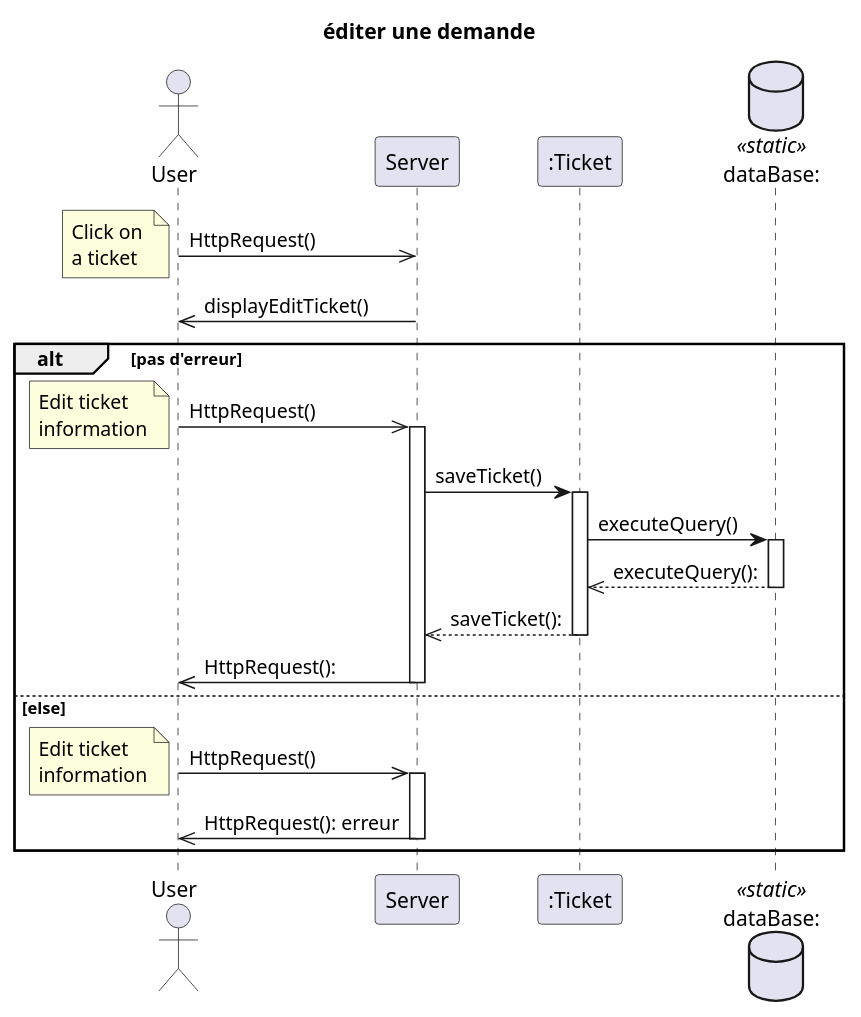
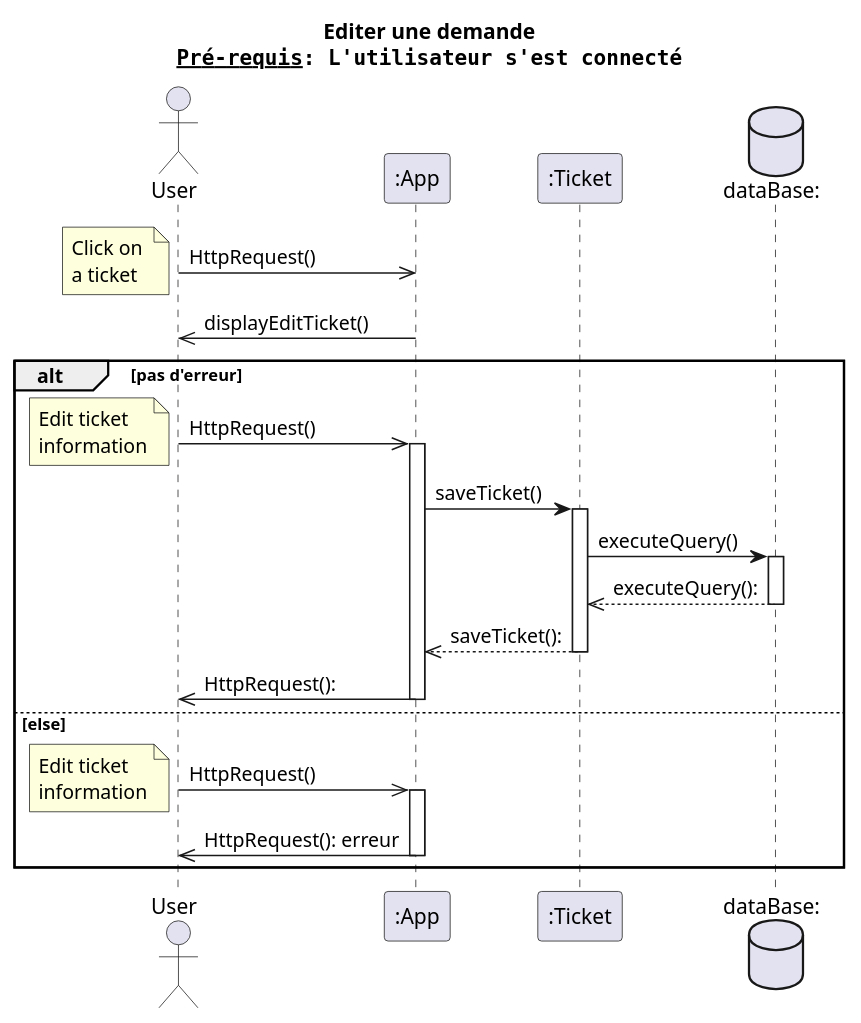
One commit to dorianleveque/CoHub changed the diagram in docs/UML/diagrammes séquence/editer une demande.puml. Above: the diagram before and after it, drawn with PlantUML. The commit also changed 5 other files, not shown here.

```diff
--- a/docs/UML/diagrammes séquence/editer une demande.puml
+++ b/docs/UML/diagrammes séquence/editer une demande.puml
@@ -1,39 +1,40 @@
 @startuml editer une demande
-title éditer une demande
+title Editer une demande\n""__Pré-requis__: L'utilisateur s'est connecté""
+
 actor client as "User" order 1
-participant server as "Server"   order 2
+participant app as ":App"   order 2
 participant ticketClass as ":Ticket" order 3
-database bdd as "dataBase:" <<static>> order 4
+database bdd as "dataBase:" order 4
 
-client ->> server: HttpRequest()
+client ->> app: HttpRequest()
 note left : Click on \na ticket 
-server ->> client: displayEditTicket()
+app ->> client: displayEditTicket()
 
 
 alt pas d'erreur
 
-    client ->> server: HttpRequest()
+    client ->> app: HttpRequest()
     note left: Edit ticket\ninformation
-    activate server
-    server -> ticketClass: saveTicket()
+    activate app
+    app -> ticketClass: saveTicket()
     activate ticketClass
     ticketClass -> bdd: executeQuery()
     activate bdd
     bdd -->> ticketClass: executeQuery():
     deactivate bdd
-    ticketClass -->> server: saveTicket():
+    ticketClass -->> app: saveTicket():
     deactivate ticketClass
-    server ->> client: HttpRequest():
-    deactivate server
+    app ->> client: HttpRequest():
+    deactivate app
 
 else else
 
-    client ->> server: HttpRequest()
+    client ->> app: HttpRequest()
     note left: Edit ticket\ninformation
-    activate server
-    server ->> client: HttpRequest(): erreur
-    deactivate server
+    activate app
+    app ->> client: HttpRequest(): erreur
+    deactivate app
     
 end
 
 @enduml
```
